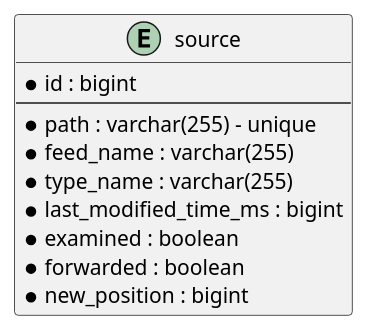
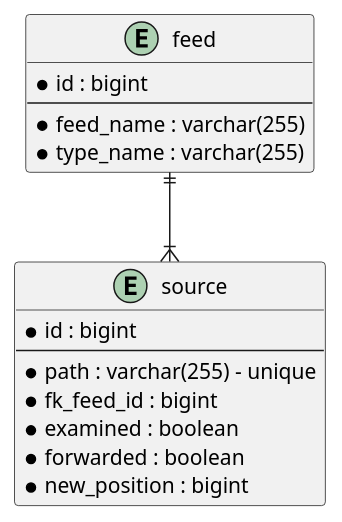
The diagram in stroom-proxy/stroom-proxy-app/doc/source-entity.puml (gchq/stroom), drawn with PlantUML before and after one commit. The commit also changed 47 other files, not shown here.

```diff
--- a/stroom-proxy/stroom-proxy-app/doc/source-entity.puml
+++ b/stroom-proxy/stroom-proxy-app/doc/source-entity.puml
@@ -1,18 +1,25 @@
 @startuml
 
 ' avoid problems with angled crows feet
 skinparam linetype ortho
 
+entity feed {
+  *id : bigint
+  --
+  *feed_name : varchar(255)
+  *type_name : varchar(255)
+}
+
 entity source {
   *id : bigint
   --
   *path : varchar(255) - unique
-  *feed_name : varchar(255)
-  *type_name : varchar(255)
-  *last_modified_time_ms : bigint
+  *fk_feed_id : bigint
   *examined : boolean
   *forwarded : boolean
   *new_position : bigint
 }
 
+feed ||--|{ source
+
 @enduml
```
